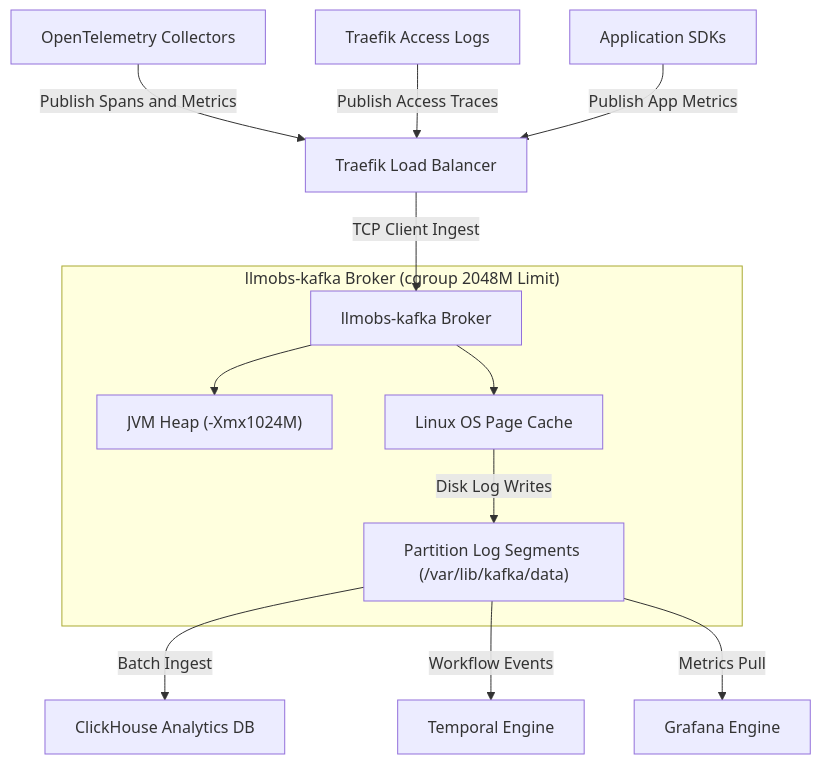
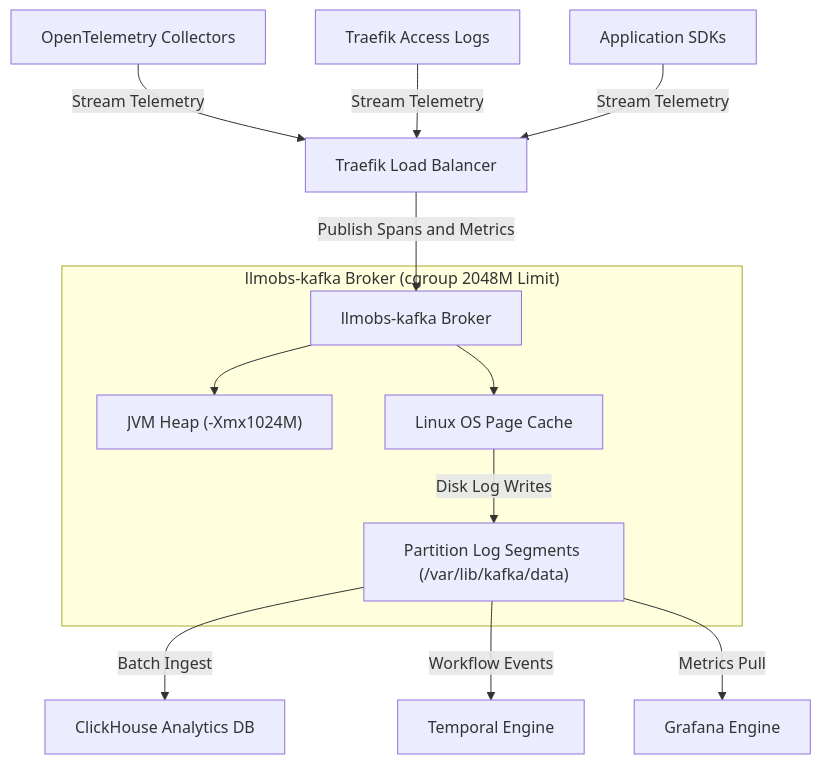
Before and after one commit to Chief-Strategist-J/llm-obs-infra: the first of 14 diagrams in docs/configDoc/kafka-configuration-guide.md, drawn with Mermaid. The commit also changed other lines of this file, not shown here.

Commit message:
fix(docs): resolve Mermaid syntax parse error on Consumer & Producer LLD diagrams in kafka-configuration-guide.md

````diff
--- a/docs/configDoc/kafka-configuration-guide.md
+++ b/docs/configDoc/kafka-configuration-guide.md
@@ -9,18 +9,18 @@
 ```mermaid
 graph TD
-    A1["OpenTelemetry Collectors"] -->|Publish Spans and Metrics| B1["Traefik Load Balancer"]
-    A2["Traefik Access Logs"] -->|Publish Access Traces| B1
-    A3["Application SDKs"] -->|Publish App Metrics| B1
+    A1["OpenTelemetry Collectors"] -->|Stream Telemetry| B1["Traefik Load Balancer"]
+    A2["Traefik Access Logs"] -->|Stream Telemetry| B1
+    A3["Application SDKs"] -->|Stream Telemetry| B1
 
-    B1 -->|TCP Client Ingest| C1["llmobs-kafka Broker"]
+    B1 -->|Publish Spans and Metrics| C1["llmobs-kafka Broker"]
 
     subgraph Kafka Cluster Boundary ["llmobs-kafka Broker (cgroup 2048M Limit)"]
         C1 --> D1["JVM Heap (-Xmx1024M)"]
         C1 --> E1["Linux OS Page Cache"]
         E1 -->|Disk Log Writes| F1["Partition Log Segments (/var/lib/kafka/data)"]
     end
 
     F1 -->|Batch Ingest| G1["ClickHouse Analytics DB"]
     F1 -->|Workflow Events| H1["Temporal Engine"]
     F1 -->|Metrics Pull| I1["Grafana Engine"]
 ```
````
